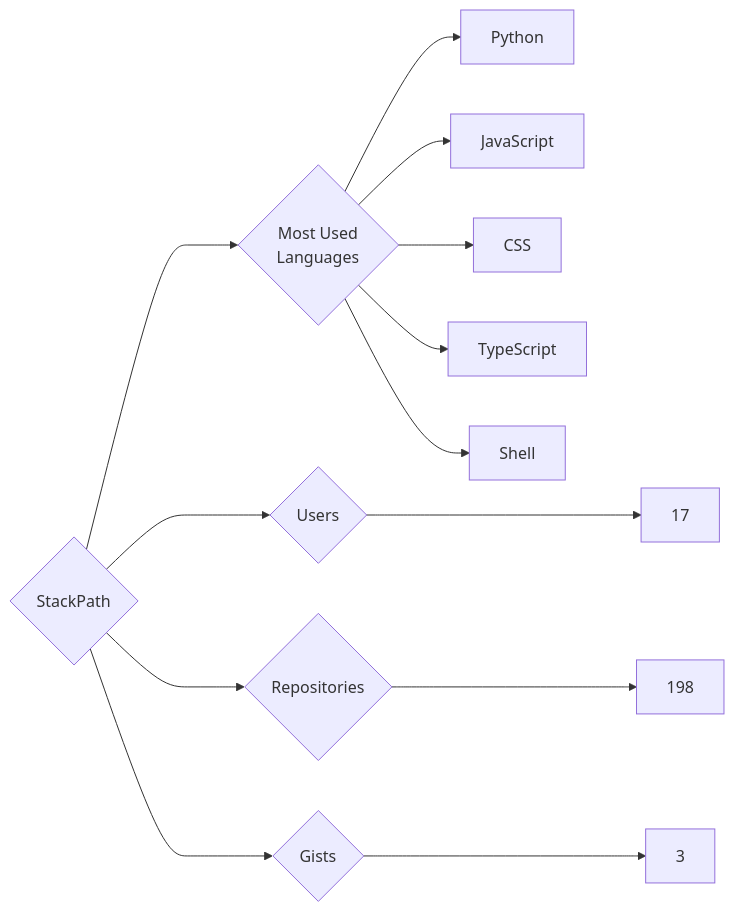
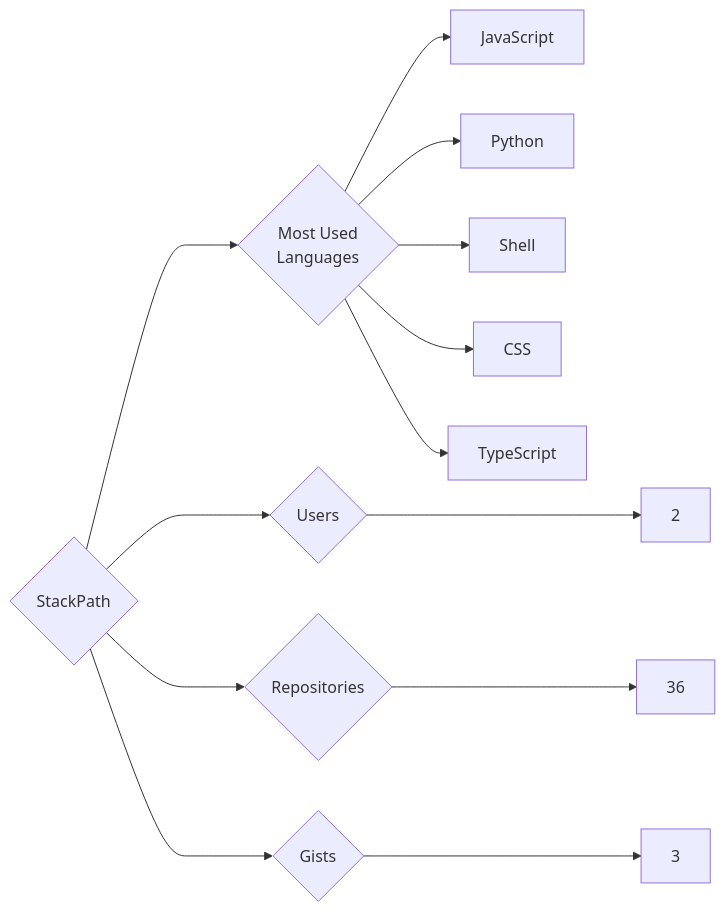
One commit to trickest/insiders changed the diagram in targets/StackPath/README.md. Above: the diagram before and after it, drawn with Mermaid. The commit also changed 953 other files, not shown here.

````diff
--- a/targets/StackPath/README.md
+++ b/targets/StackPath/README.md
@@ -3,13 +3,13 @@
 ```mermaid
 graph LR
 COMPANY_NAME{StackPath}
-COMPANY_NAME ---> U{Users} ---> UN[17]
-COMPANY_NAME ---> R{Repositories} ---> RN[198]
+COMPANY_NAME ---> U{Users} ---> UN[2]
+COMPANY_NAME ---> R{Repositories} ---> RN[36]
 COMPANY_NAME ---> G{Gists} ---> GN[3]
 COMPANY_NAME ---> ML{Most Used<br>Languages}
+ML --> JavaScript[JavaScript]
 ML --> Python[Python]
-ML --> JavaScript[JavaScript]
+ML --> Shell[Shell]
 ML --> CSS[CSS]
 ML --> TypeScript[TypeScript]
-ML --> Shell[Shell]
 ```
````
